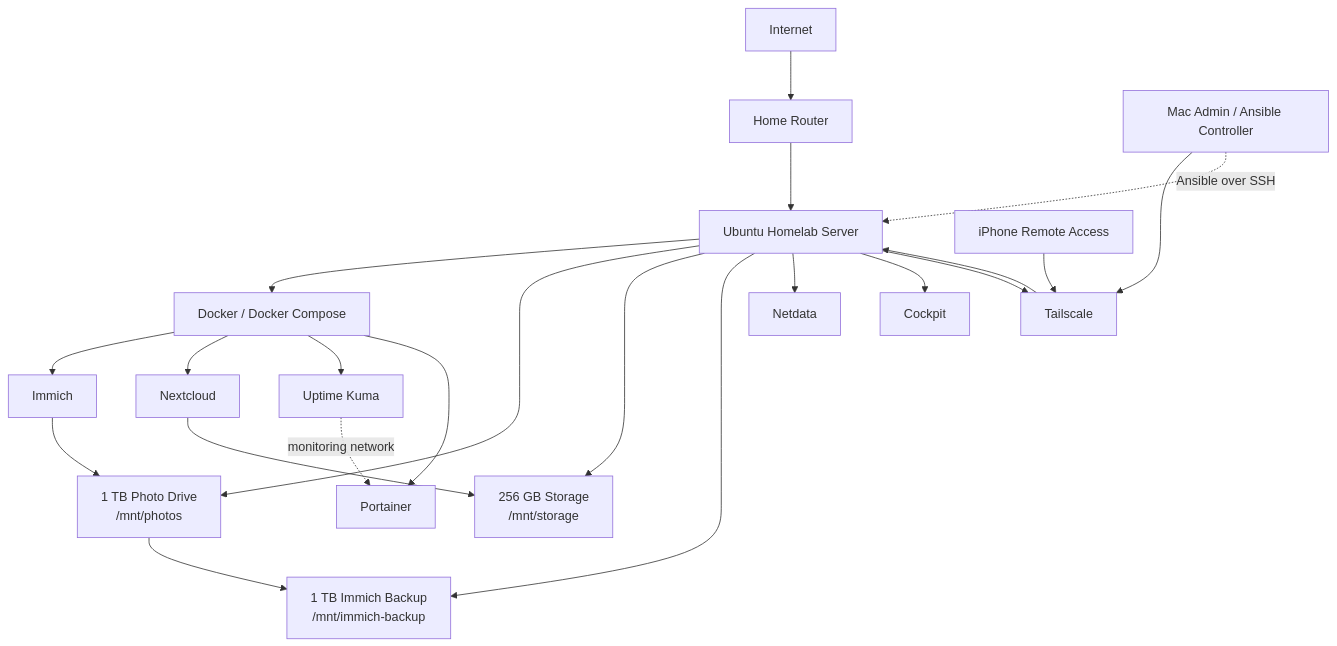
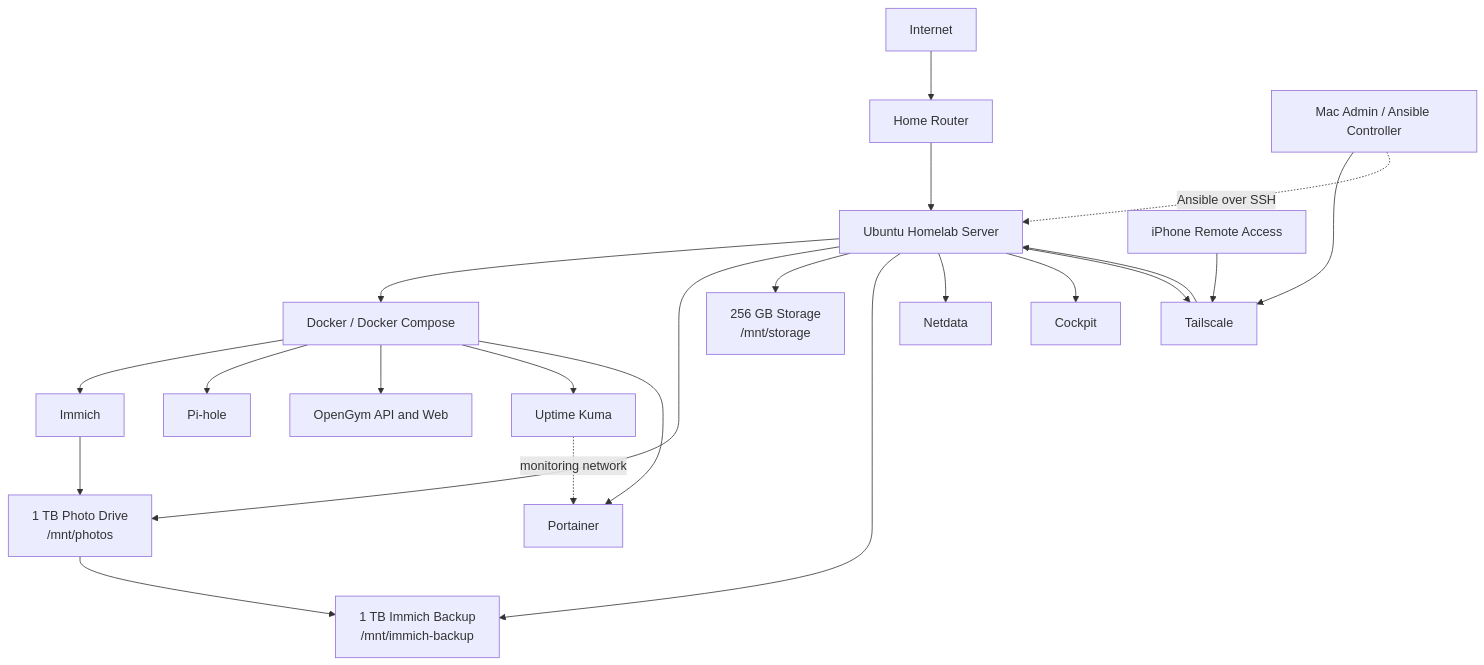
One commit to Thait97/johnny-homelab changed the first of 5 diagrams in architecture/diagram.md. Above: the diagram before and after it, drawn with Mermaid. The commit also changed other lines of this file, not shown here.

Commit message:
Document Nextcloud removal and final nine-container health verification

````diff
--- a/architecture/diagram.md
+++ b/architecture/diagram.md
@@ -9,46 +9,47 @@
 ```mermaid
 flowchart TD
     Internet[Internet]
     Router[Home Router]
     Server[Ubuntu Homelab Server]
     Photos[1 TB Photo Drive\n/mnt/photos]
     Storage[256 GB Storage\n/mnt/storage]
     Backup[1 TB Immich Backup\n/mnt/immich-backup]
     Docker[Docker / Docker Compose]
     Immich[Immich]
-    Nextcloud[Nextcloud]
+    Pihole[Pi-hole]
+    OpenGym[OpenGym API and Web]
     Kuma[Uptime Kuma]
     Portainer[Portainer]
     Netdata[Netdata]
     Cockpit[Cockpit]
     Tailscale[Tailscale]
     Mac[Mac Admin / Ansible Controller]
     Phone[iPhone Remote Access]
 
     Internet --> Router
     Router --> Server
 
     Server --> Docker
     Server --> Photos
     Server --> Storage
     Server --> Backup
     Server --> Netdata
     Server --> Cockpit
     Server --> Tailscale
 
     Docker --> Immich
-    Docker --> Nextcloud
+    Docker --> Pihole
+    Docker --> OpenGym
     Docker --> Kuma
     Docker --> Portainer
 
     Immich --> Photos
-    Nextcloud --> Storage
     Photos --> Backup
 
     Kuma -. monitoring network .-> Portainer
 
     Mac --> Tailscale
     Phone --> Tailscale
     Tailscale --> Server
     Mac -. Ansible over SSH .-> Server
 ```
````
